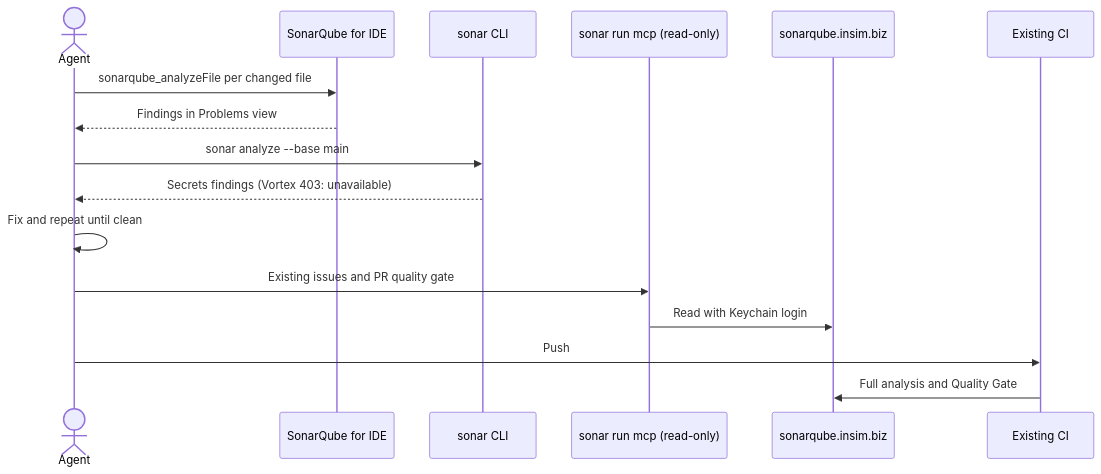
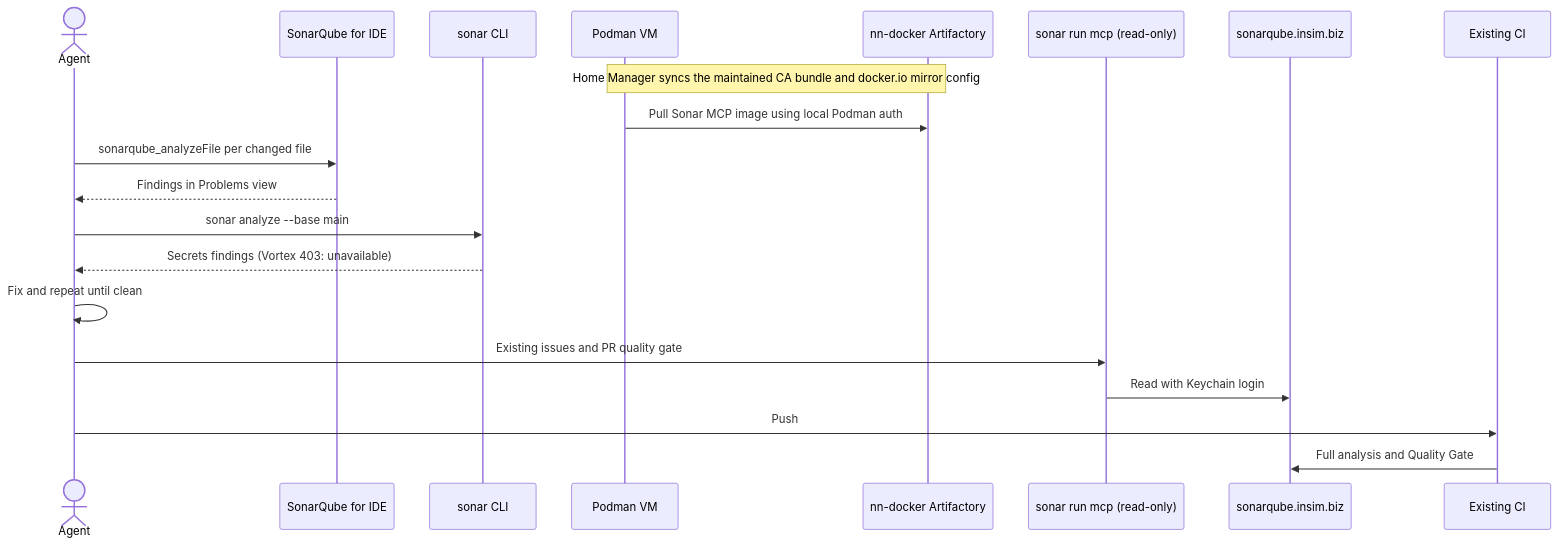
The diagram in docs/adr/0001-sonar-agent-early-pr-checks.md (epiccoolguy/autonix), drawn with Mermaid before and after one commit. The commit also changed other lines of this file and 1 other file, not shown here.

Commit message:
fix(AS33AI): sync CA bundle and proxy Podman pulls

````diff
--- a/docs/adr/0001-sonar-agent-early-pr-checks.md
+++ b/docs/adr/0001-sonar-agent-early-pr-checks.md
@@ -24,19 +28,23 @@
 ```mermaid
 sequenceDiagram
     actor Agent
     participant IDE as SonarQube for IDE
     participant CLI as sonar CLI
+    participant Podman as Podman VM
+    participant Artifactory as nn-docker Artifactory
     participant MCP as sonar run mcp (read-only)
     participant Sonar as sonarqube.insim.biz
     participant CI as Existing CI
 
+    Note over Podman,Artifactory: Home Manager syncs the maintained CA bundle and docker.io mirror config
+    Podman->>Artifactory: Pull Sonar MCP image using local Podman auth
     Agent->>IDE: sonarqube_analyzeFile per changed file
     IDE-->>Agent: Findings in Problems view
     Agent->>CLI: sonar analyze --base main
     CLI-->>Agent: Secrets findings (Vortex 403: unavailable)
     Agent->>Agent: Fix and repeat until clean
     Agent->>MCP: Existing issues and PR quality gate
     MCP->>Sonar: Read with Keychain login
     Agent->>CI: Push
     CI->>Sonar: Full analysis and Quality Gate
 ```
````
